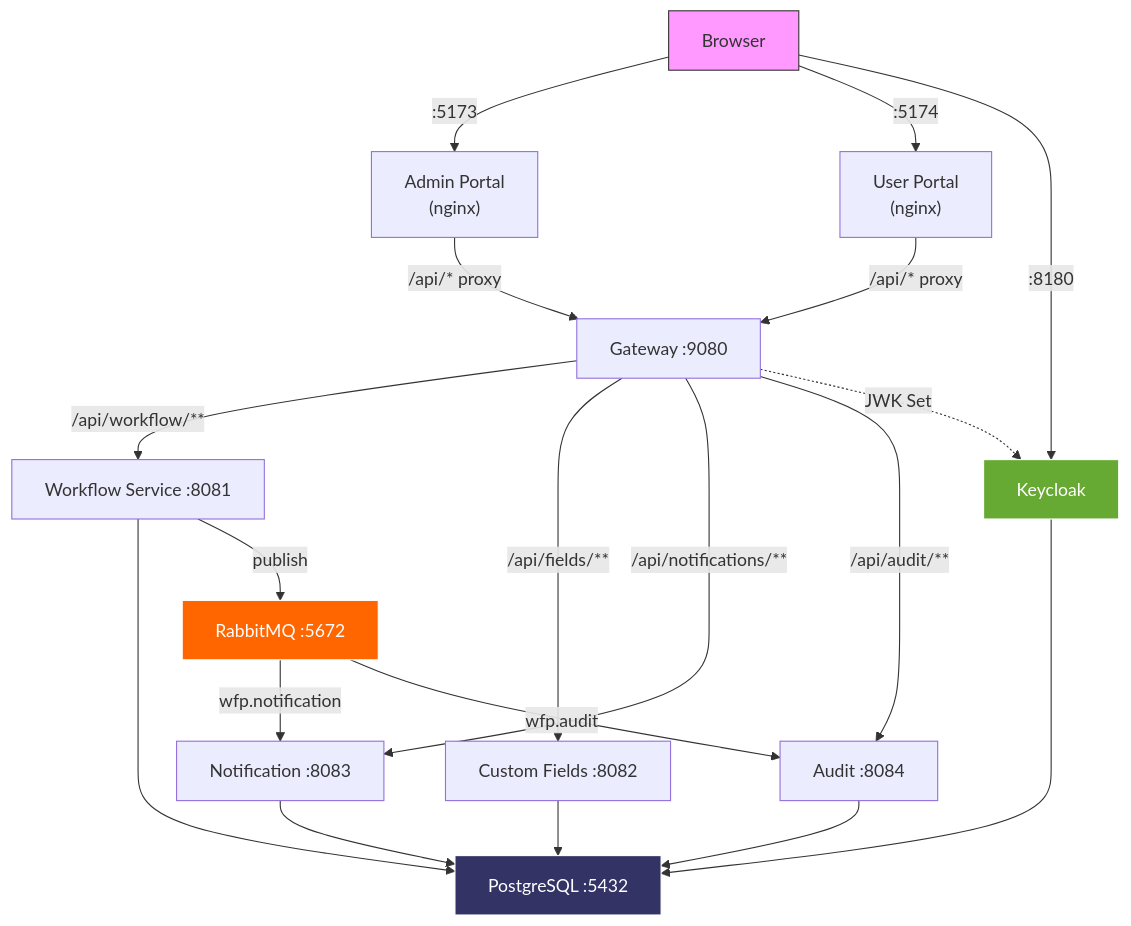
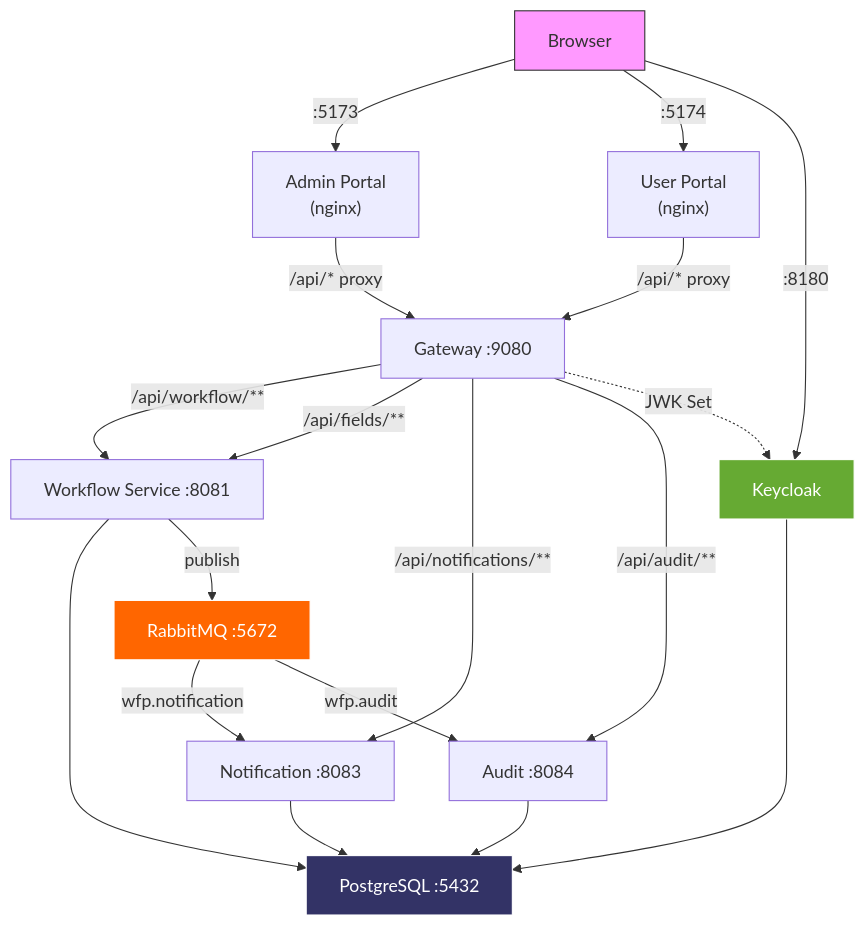
One commit to mszalus/workflow-platform changed the fourth of 6 diagrams in docs/architecture/c4-deployment.md. Above: the diagram before and after it, drawn with Mermaid. The commit also changed other lines of this file and 55 other files, not shown here.

First line of the commit message:
feat(workflow): fold custom-fields-service into workflow-service

````diff
--- a/docs/architecture/c4-deployment.md
+++ b/docs/architecture/c4-deployment.md
@@ -85,33 +80,32 @@
 ```mermaid
 flowchart TD
     Browser["Browser"]
 
     Browser -->|":5173"| AP["Admin Portal<br/>(nginx)"]
     Browser -->|":5174"| UP["User Portal<br/>(nginx)"]
     Browser -->|":8180"| KC["Keycloak"]
 
     AP -->|"/api/* proxy"| GW["Gateway :9080"]
     UP -->|"/api/* proxy"| GW
 
     GW -->|"/api/workflow/**"| WF["Workflow Service :8081"]
-    GW -->|"/api/fields/**"| CF["Custom Fields :8082"]
+    GW -->|"/api/fields/**"| WF
     GW -->|"/api/notifications/**"| NS["Notification :8083"]
     GW -->|"/api/audit/**"| AS["Audit :8084"]
 
     GW -.->|"JWK Set"| KC
 
     WF --> PG["PostgreSQL :5432"]
-    CF --> PG
     NS --> PG
     AS --> PG
     KC --> PG
 
     WF -->|"publish"| RMQ["RabbitMQ :5672"]
     RMQ -->|"wfp.notification"| NS
     RMQ -->|"wfp.audit"| AS
 
     style Browser fill:#f9f,stroke:#333
     style PG fill:#336,stroke:#fff,color:#fff
     style RMQ fill:#f60,stroke:#fff,color:#fff
     style KC fill:#6a3,stroke:#fff,color:#fff
 ```
````
